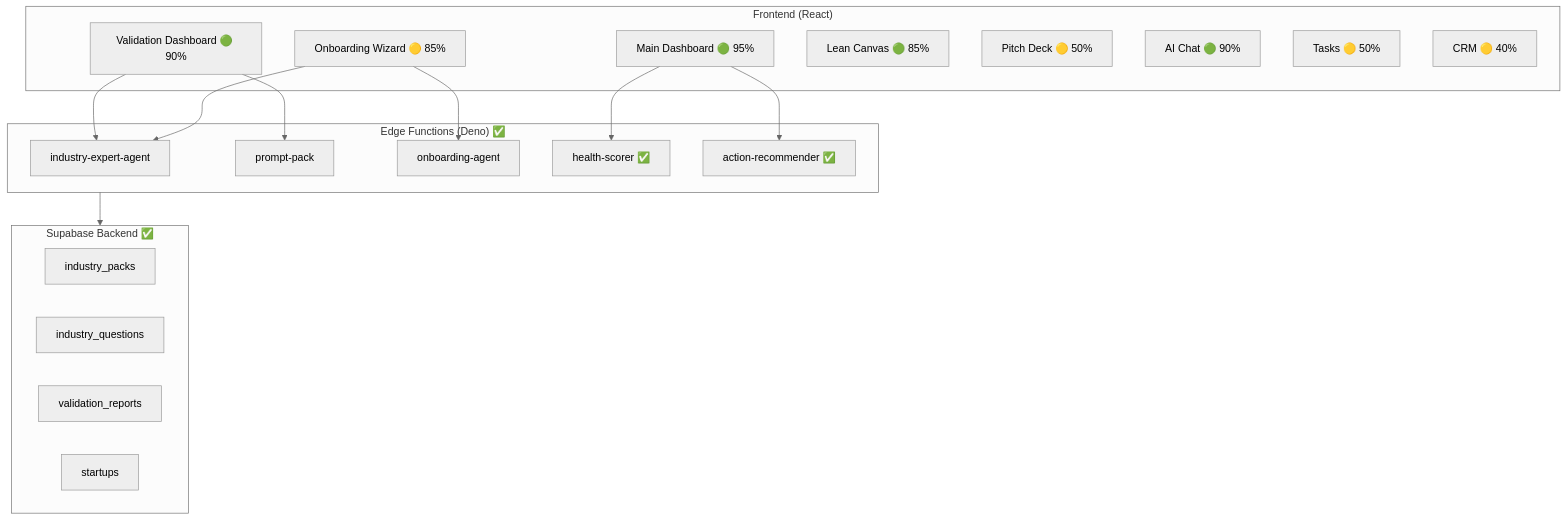
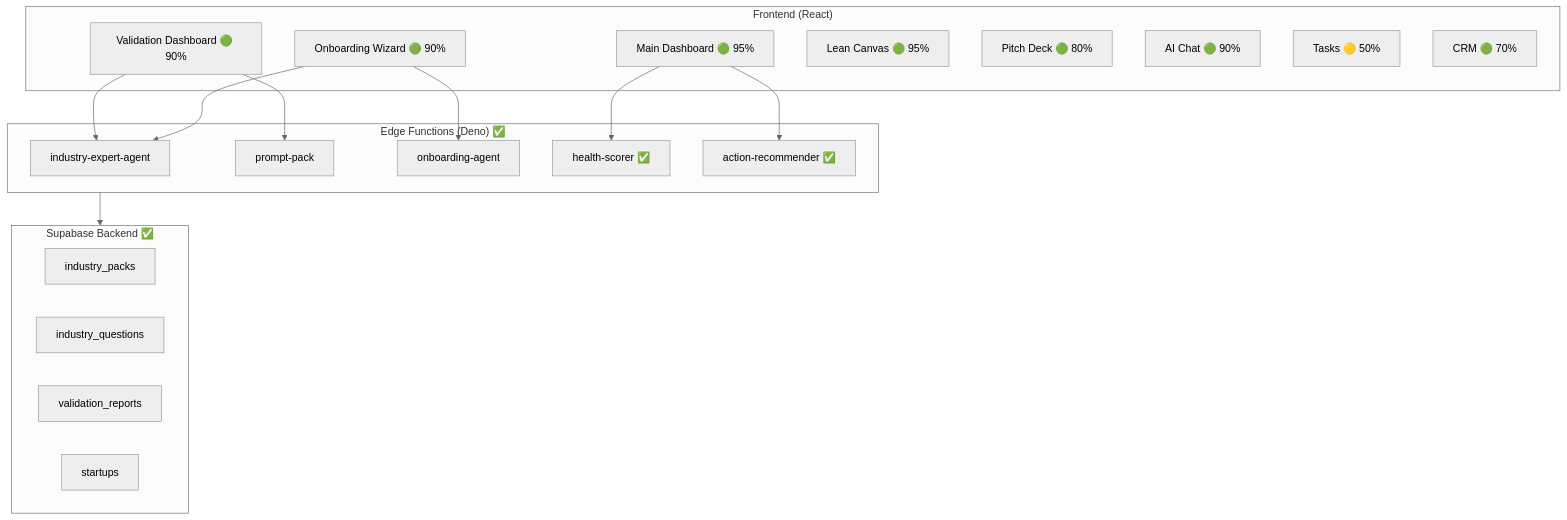
One commit to amo-tech-ai/rocket-path-ai changed the first of 2 diagrams in docs/tasks/01-playbooks/00-progress-tracker.md. Above: the diagram before and after it, drawn with Mermaid (neutral theme). The commit also changed other lines of this file and 9 other files, not shown here.

````diff
--- a/docs/tasks/01-playbooks/00-progress-tracker.md
+++ b/docs/tasks/01-playbooks/00-progress-tracker.md
@@ -104,36 +136,36 @@
 ```mermaid
 flowchart TB
     subgraph Frontend["Frontend (React)"]
-        OW["Onboarding Wizard 🟡 85%"]
+        OW["Onboarding Wizard 🟢 90%"]
         MD["Main Dashboard 🟢 95%"]
         VD["Validation Dashboard 🟢 90%"]
-        LC["Lean Canvas 🟢 85%"]
-        PD["Pitch Deck 🟡 50%"]
+        LC["Lean Canvas 🟢 95%"]
+        PD["Pitch Deck 🟢 80%"]
         AC["AI Chat 🟢 90%"]
         TM["Tasks 🟡 50%"]
-        CRM["CRM 🟡 40%"]
+        CRM["CRM 🟢 70%"]
     end
     
     subgraph EdgeFunctions["Edge Functions (Deno) ✅"]
         IEA["industry-expert-agent"]
         PP["prompt-pack"]
         OA["onboarding-agent"]
         HS["health-scorer ✅"]
         AR["action-recommender ✅"]
     end
     
     subgraph Supabase["Supabase Backend ✅"]
         IP["industry_packs"]
         IQ["industry_questions"]
         VR["validation_reports"]
         ST["startups"]
     end
     
     OW --> OA
     OW --> IEA
     MD --> HS
     MD --> AR
     VD --> PP
     VD --> IEA
     EdgeFunctions --> Supabase
 ```
````
